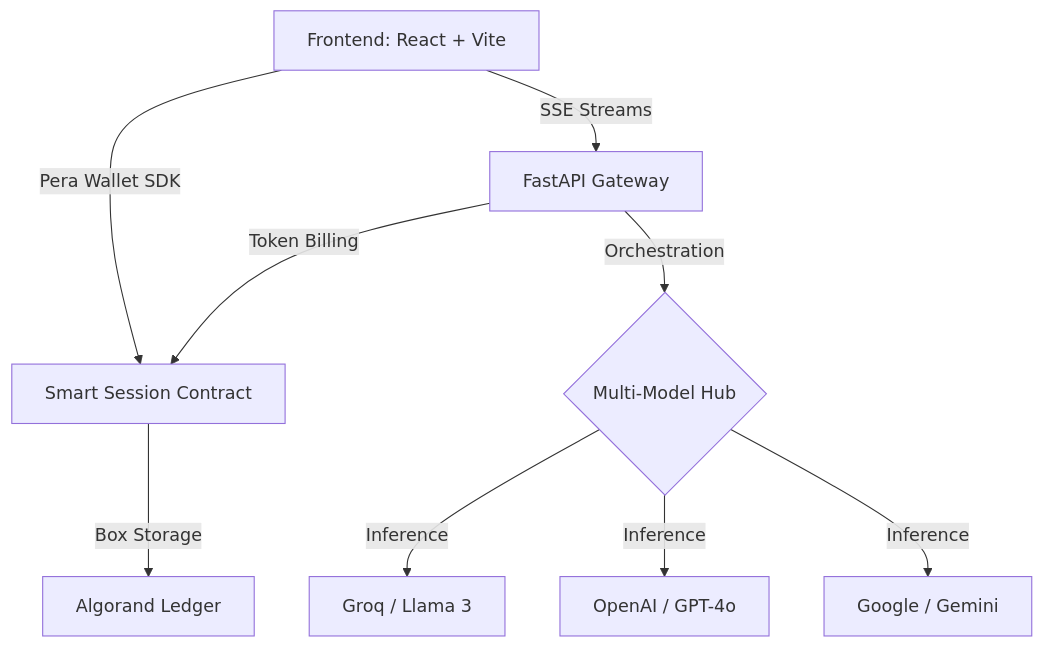
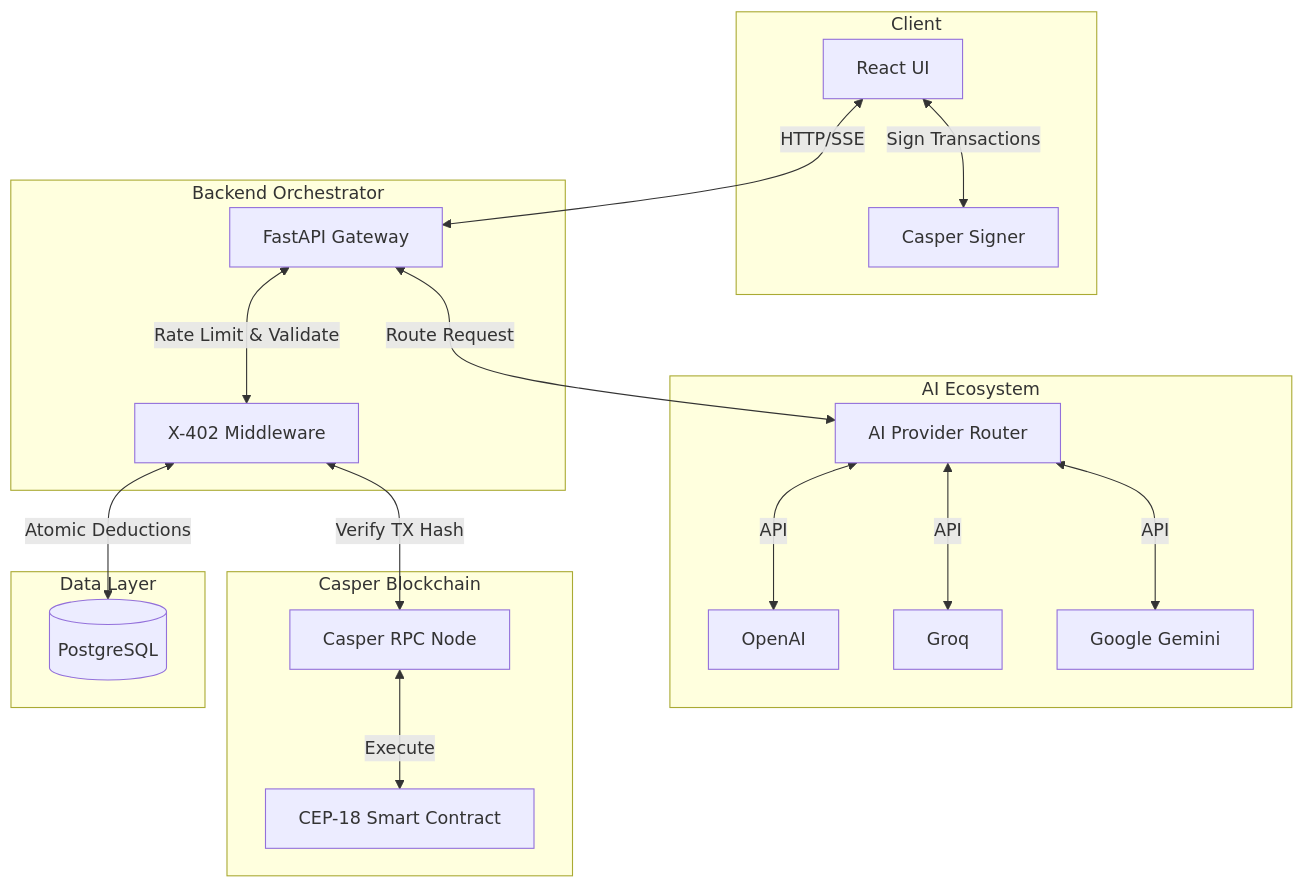
The first of 3 diagrams in README.md (WPrasad99/X402_PayPerUseAi_Casper-Hackathon), drawn with Mermaid before and after one commit. The commit also changed other lines of this file, not shown here.

Commit message:
docs: Update README with comprehensive architecture and data flow diagrams

````diff
--- a/README.md
+++ b/README.md
@@ -164,13 +61,39 @@
 ```mermaid
 graph TD
-    A[Frontend: React + Vite] -->|Pera Wallet SDK| B[Smart Session Contract]
-    A -->|SSE Streams| C[FastAPI Gateway]
+    subgraph Client
+        UI[React UI]
+        Wallet[Casper Signer]
+    end
     
-    C -->|Orchestration| D{Multi-Model Hub}
-    D -->|Inference| E[Groq / Llama 3]
-    D -->|Inference| F[OpenAI / GPT-4o]
-    D -->|Inference| G[Google / Gemini]
+    subgraph Backend Orchestrator
+        FastAPI[FastAPI Gateway]
+        Middleware[X-402 Middleware]
+    end
     
-    C -->|Token Billing| B
-    B -->|Box Storage| H[Algorand Ledger]
+    subgraph AI Ecosystem
+        MultiModel[AI Provider Router]
+        OpenAI[OpenAI]
+        Groq[Groq]
+        Gemini[Google Gemini]
+    end
+    
+    subgraph Casper Blockchain
+        CasperNode[Casper RPC Node]
+        CEP18[CEP-18 Smart Contract]
+    end
+    
+    subgraph Data Layer
+        Postgres[(PostgreSQL)]
+    end
+
+    UI <-->|HTTP/SSE| FastAPI
+    UI <-->|Sign Transactions| Wallet
+    FastAPI <-->|Rate Limit & Validate| Middleware
+    Middleware <-->|Atomic Deductions| Postgres
+    Middleware <-->|Verify TX Hash| CasperNode
+    CasperNode <-->|Execute| CEP18
+    FastAPI <-->|Route Request| MultiModel
+    MultiModel <-->|API| OpenAI
+    MultiModel <-->|API| Groq
+    MultiModel <-->|API| Gemini
 ```
````
